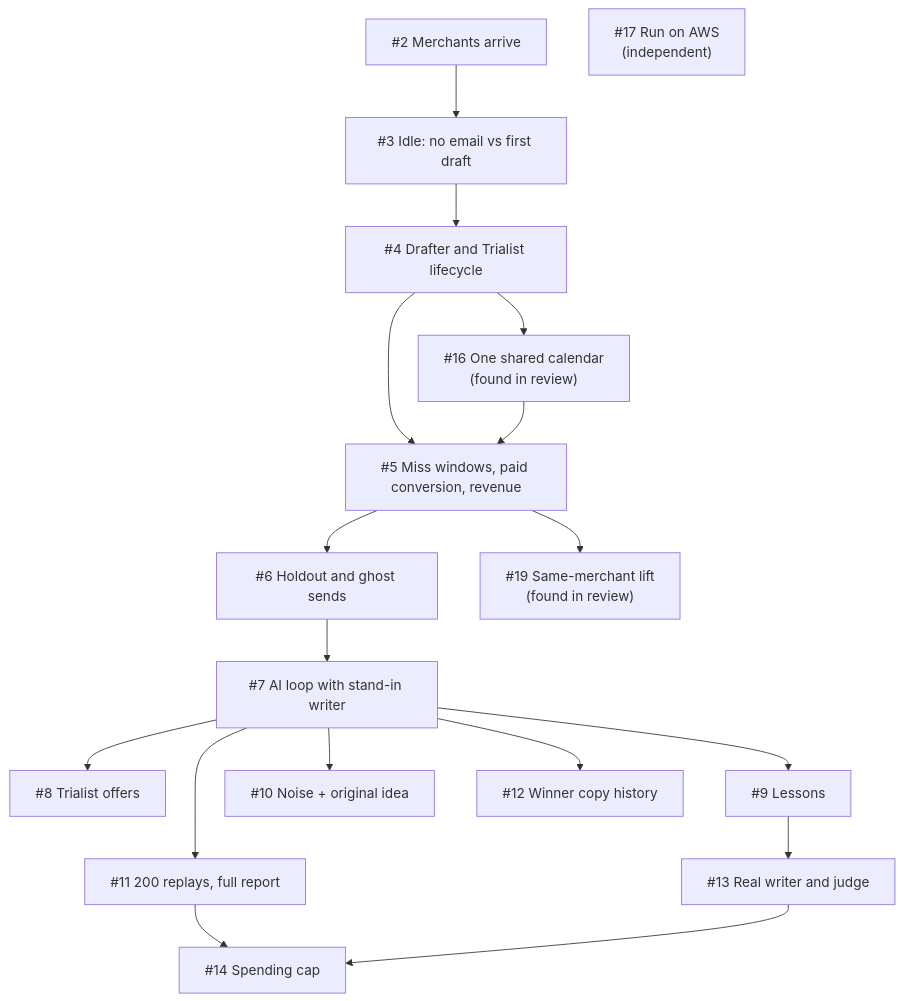
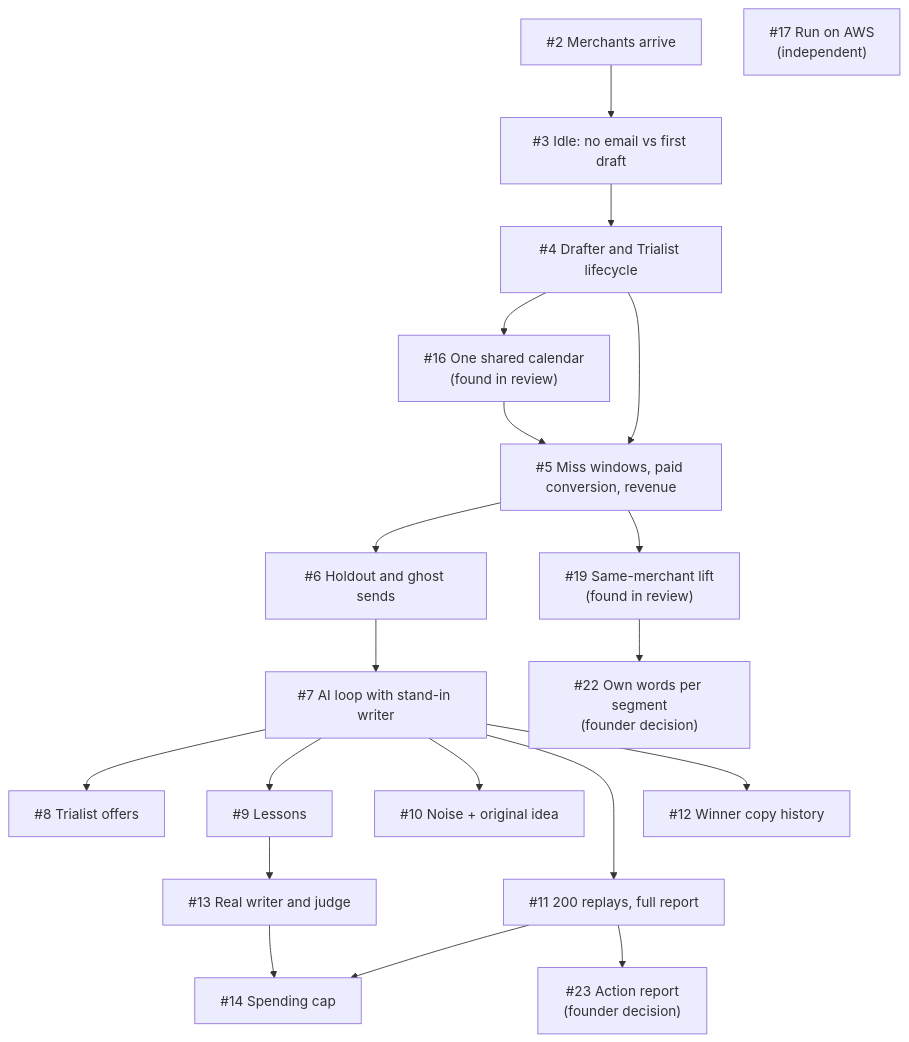
The third of 3 diagrams in docs/technical-product-manager-discussion.md (Mo3azAqeed/Win-back-AI-loop), drawn with Mermaid before and after one commit. The commit also changed other lines of this file and 1 other file, not shown here.

````diff
--- a/docs/technical-product-manager-discussion.md
+++ b/docs/technical-product-manager-discussion.md
@@ -136,20 +136,22 @@
 ```mermaid
 flowchart TD
     T2["#2 Merchants arrive"] --> T3["#3 Idle: no email vs first draft"]
     T3 --> T4["#4 Drafter and Trialist lifecycle"]
     T4 --> T16["#16 One shared calendar<br/>(found in review)"]
     T4 --> T5["#5 Miss windows, paid conversion, revenue"]
     T16 --> T5
     T5 --> T6["#6 Holdout and ghost sends"]
     T6 --> T7["#7 AI loop with stand-in writer"]
     T7 --> T8["#8 Trialist offers"]
     T7 --> T9["#9 Lessons"]
     T7 --> T10["#10 Noise + original idea"]
     T7 --> T11["#11 200 replays, full report"]
     T7 --> T12["#12 Winner copy history"]
     T9 --> T13["#13 Real writer and judge"]
     T11 --> T14["#14 Spending cap"]
     T13 --> T14
     T17["#17 Run on AWS<br/>(independent)"]
     T5 --> T19["#19 Same-merchant lift<br/>(found in review)"]
+    T19 --> T22["#22 Own words per segment<br/>(founder decision)"]
+    T11 --> T23["#23 Action report<br/>(founder decision)"]
 ```
````
